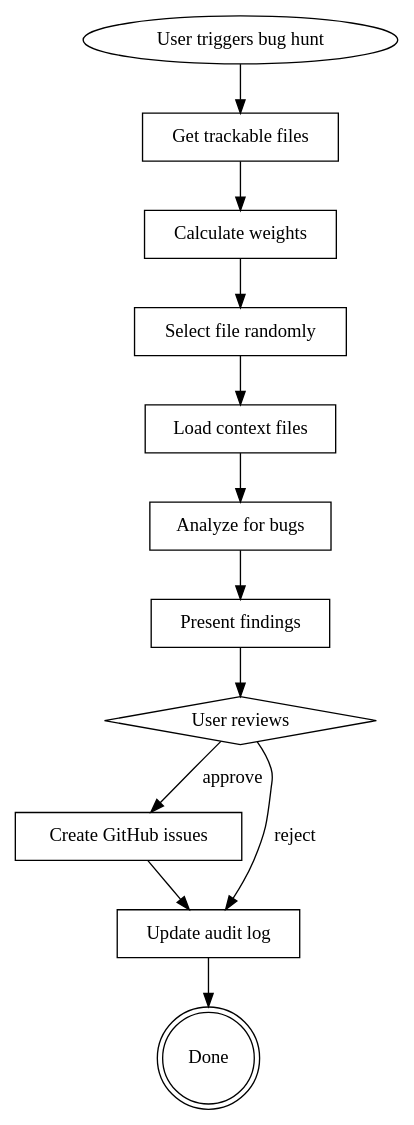
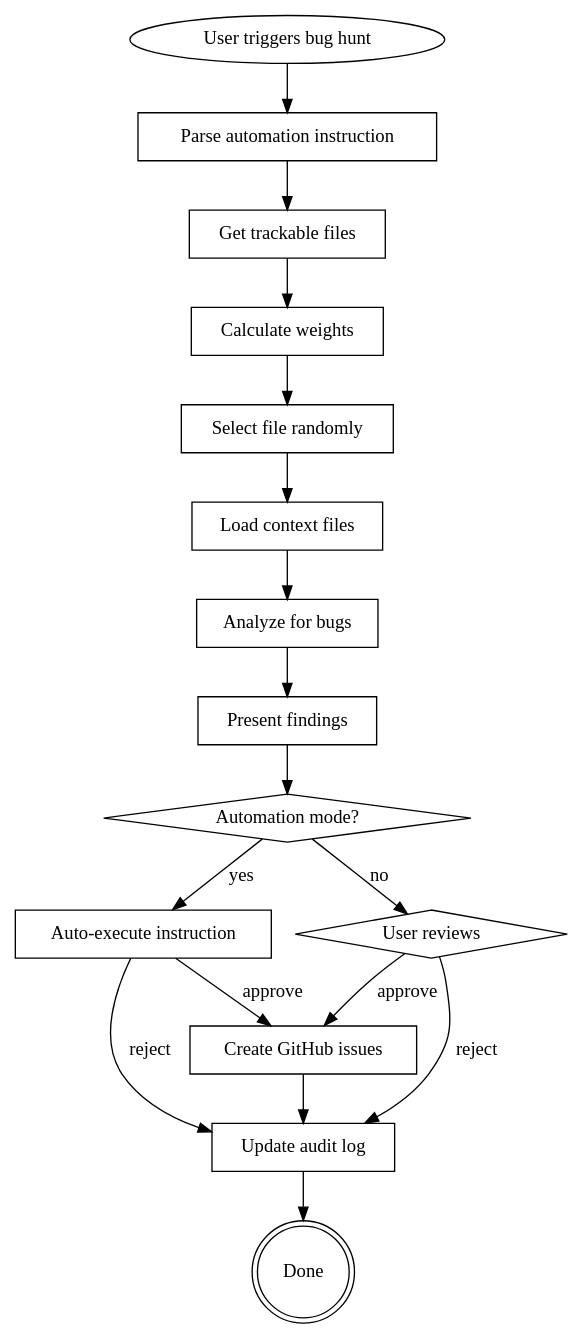
Before and after one commit to satriachandrayw/claude-plugin-marketplaces: the second of 2 diagrams in bug-hunter/skills/bug-hunter/SKILL.md, drawn with Graphviz. The commit also changed other lines of this file, not shown here.

Commit message:
feat: update bug-hunter capabilities to automate whether the users instruct

````diff
--- a/bug-hunter/skills/bug-hunter/SKILL.md
+++ b/bug-hunter/skills/bug-hunter/SKILL.md
@@ -421,29 +524,37 @@
 ```dot
 digraph bug_hunter {
     rankdir=TB;
 
     "User triggers bug hunt" [shape=ellipse];
+    "Parse automation instruction" [shape=box];
     "Get trackable files" [shape=box];
     "Calculate weights" [shape=box];
     "Select file randomly" [shape=box];
     "Load context files" [shape=box];
     "Analyze for bugs" [shape=box];
     "Present findings" [shape=box];
+    "Automation mode?" [shape=diamond];
+    "Auto-execute instruction" [shape=box];
     "User reviews" [shape=diamond];
     "Create GitHub issues" [shape=box];
     "Update audit log" [shape=box];
     "Done" [shape=doublecircle];
 
-    "User triggers bug hunt" -> "Get trackable files";
+    "User triggers bug hunt" -> "Parse automation instruction";
+    "Parse automation instruction" -> "Get trackable files";
     "Get trackable files" -> "Calculate weights";
     "Calculate weights" -> "Select file randomly";
     "Select file randomly" -> "Load context files";
     "Load context files" -> "Analyze for bugs";
     "Analyze for bugs" -> "Present findings";
-    "Present findings" -> "User reviews";
+    "Present findings" -> "Automation mode?";
+    "Automation mode?" -> "Auto-execute instruction" [label="yes"];
+    "Automation mode?" -> "User reviews" [label="no"];
+    "Auto-execute instruction" -> "Create GitHub issues" [label="approve"];
+    "Auto-execute instruction" -> "Update audit log" [label="reject"];
     "User reviews" -> "Create GitHub issues" [label="approve"];
     "User reviews" -> "Update audit log" [label="reject"];
     "Create GitHub issues" -> "Update audit log";
     "Update audit log" -> "Done";
 }
 ```
````
